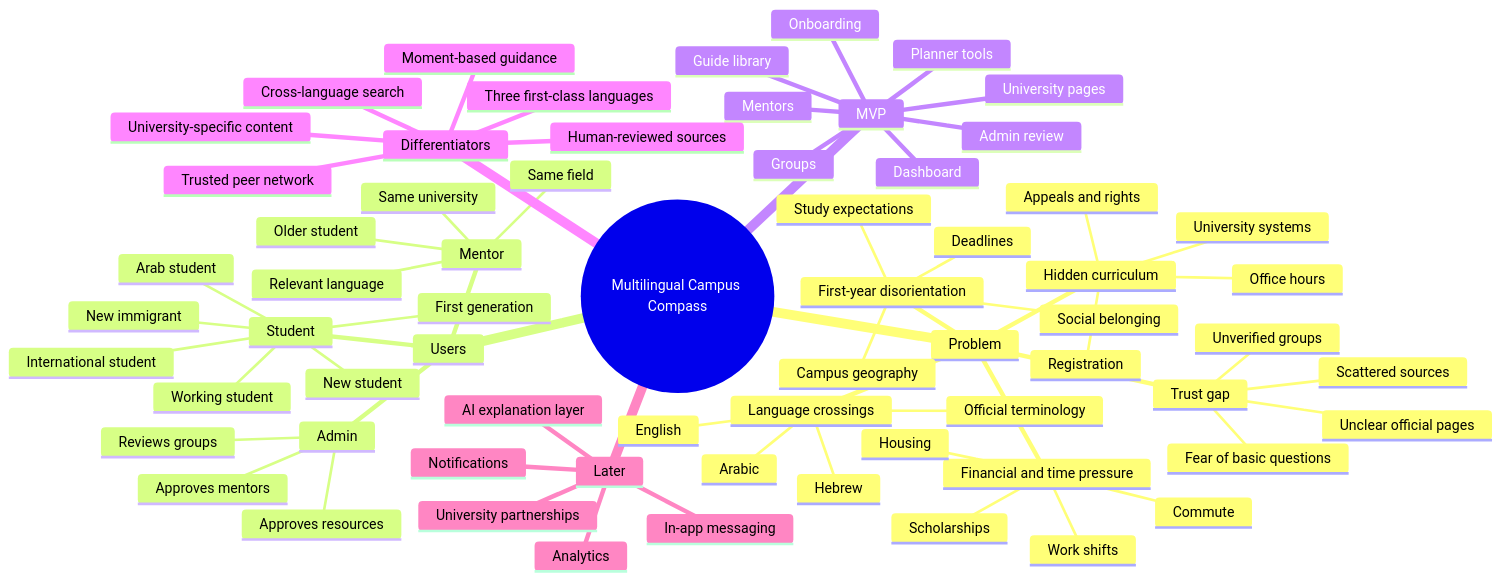
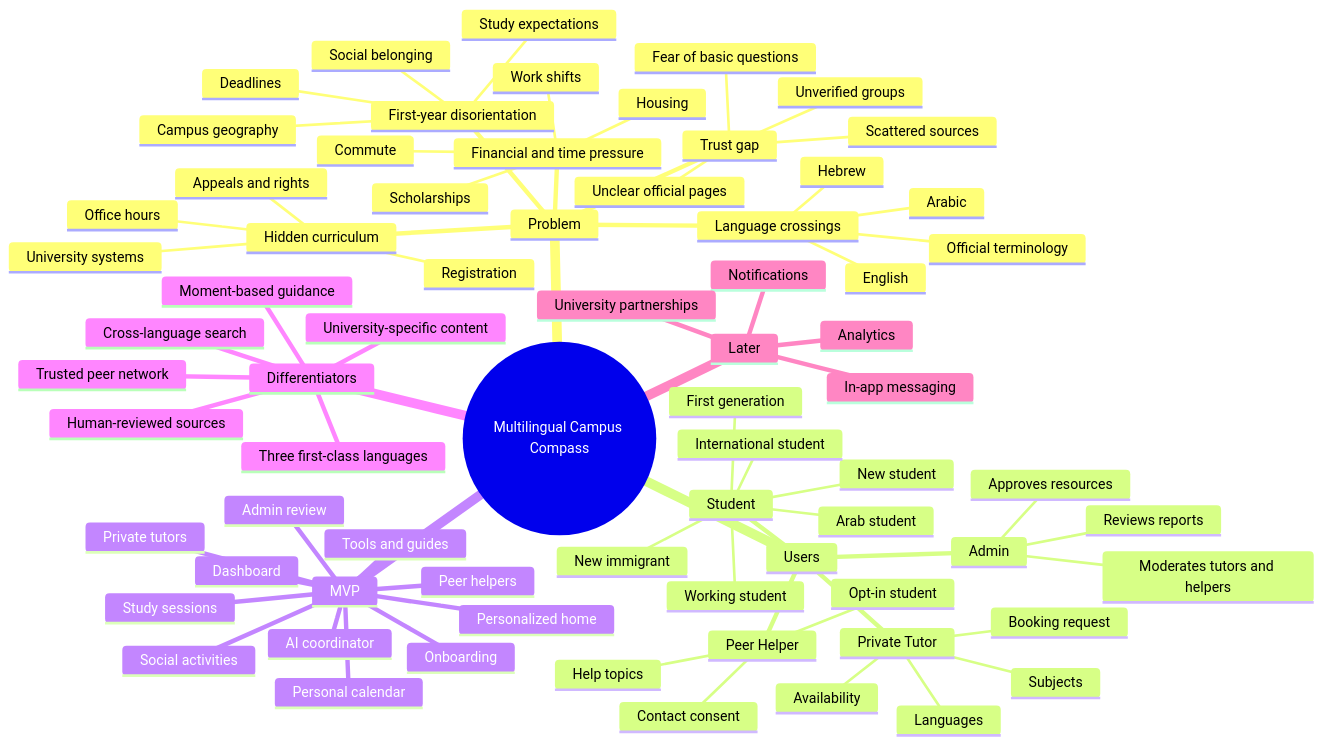
The diagram in docs/02-product/dalili-idea.md (ammar31mawassi/Elysium), drawn with Mermaid before and after one commit. The commit also changed other lines of this file and 13 other files, not shown here.

````diff
--- a/docs/02-product/dalili-idea.md
+++ b/docs/02-product/dalili-idea.md
@@ -50,69 +53,75 @@
 ```mermaid
 mindmap
   root((Multilingual Campus Compass))
     Problem
       Hidden curriculum
         Registration
         Office hours
         Appeals and rights
         University systems
       Language crossings
         Arabic
         Hebrew
         English
         Official terminology
       First-year disorientation
         Campus geography
         Deadlines
         Social belonging
         Study expectations
       Financial and time pressure
         Scholarships
         Work shifts
         Commute
         Housing
       Trust gap
         Scattered sources
         Unclear official pages
         Unverified groups
         Fear of basic questions
     Users
       Student
         New student
         Arab student
         New immigrant
         International student
         First generation
         Working student
-      Mentor
-        Older student
-        Same field
-        Same university
-        Relevant language
+      Private Tutor
+        Subjects
+        Availability
+        Languages
+        Booking request
+      Peer Helper
+        Opt-in student
+        Help topics
+        Contact consent
       Admin
         Approves resources
-        Approves mentors
-        Reviews groups
+        Moderates tutors and helpers
+        Reviews reports
     MVP
       Onboarding
       Dashboard
-      Guide library
-      University pages
-      Mentors
-      Groups
-      Planner tools
+      Personalized home
+      Social activities
+      Study sessions
+      Private tutors
+      Peer helpers
+      Personal calendar
+      Tools and guides
+      AI coordinator
       Admin review
     Differentiators
       Three first-class languages
       Cross-language search
       Moment-based guidance
       University-specific content
       Trusted peer network
       Human-reviewed sources
     Later
-      AI explanation layer
       In-app messaging
       Notifications
       Analytics
       University partnerships
 ```
````
